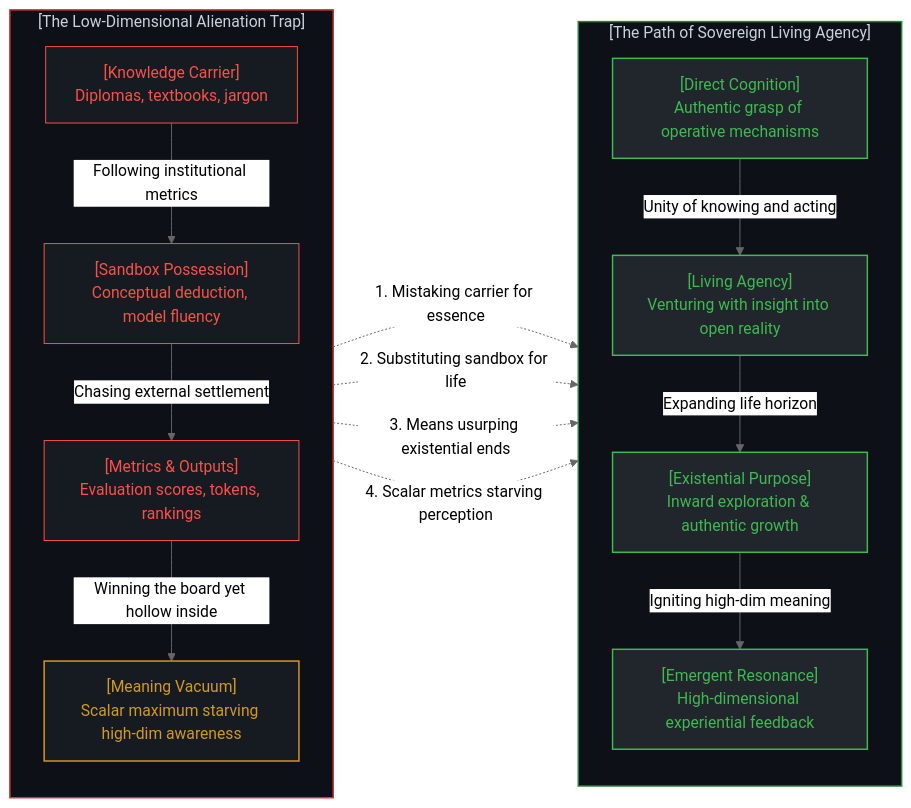
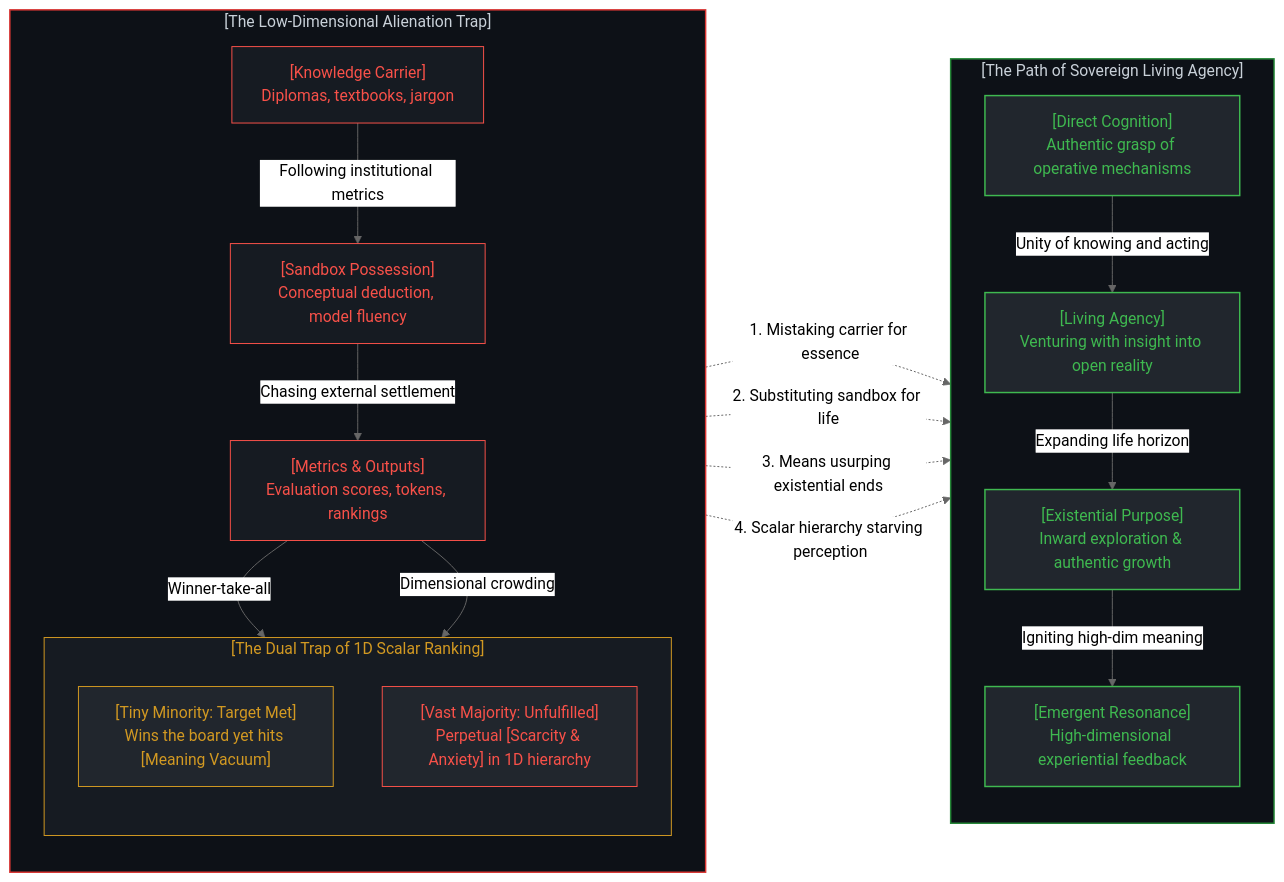
One commit to powerpig99/not-a-toe changed the second of 6 diagrams in content/posts/coordinate-systems-mind-and-degrees-of-freedom.md. Above: the diagram before and after it, drawn with Mermaid (neutral theme). The commit also changed other lines of this file, not shown here.

Commit message:
Expand Section 1: clarify 1D scalar total ordering and the dual trap of minority achievement vs majority unfulfilled yearning

````diff
--- a/content/posts/coordinate-systems-mind-and-degrees-of-freedom.md
+++ b/content/posts/coordinate-systems-mind-and-degrees-of-freedom.md
@@ -72,43 +83,51 @@
 ```mermaid
 graph LR
     subgraph PathOfLiving["[The Path of Sovereign Living Agency]"]
         direction TB
         Knowledge["[Direct Cognition]<br>Authentic grasp of operative mechanisms"]
         Living["[Living Agency]<br>Venturing with insight into open reality"]
         EndGoal["[Existential Purpose]<br>Inward exploration & authentic growth"]
         Resonance["[Emergent Resonance]<br>High-dimensional experiential feedback"]
 
         Knowledge -->|"Unity of knowing and acting"| Living
         Living -->|"Expanding life horizon"| EndGoal
         EndGoal -->|"Igniting high-dim meaning"| Resonance
     end
 
     subgraph PathOfTrap["[The Low-Dimensional Alienation Trap]"]
         direction TB
         Carrier["[Knowledge Carrier]<br>Diplomas, textbooks, jargon"]
         Control["[Sandbox Possession]<br>Conceptual deduction, model fluency"]
         Tools["[Metrics & Outputs]<br>Evaluation scores, tokens, rankings"]
-        Vacuum["[Meaning Vacuum]<br>Scalar maximum starving high-dim awareness"]
+        
+        subgraph Outcomes["[The Dual Trap of 1D Scalar Ranking]"]
+            direction TB
+            Winners["[Tiny Minority: Target Met]<br>Wins the board yet hits [Meaning Vacuum]"]
+            Majority["[Vast Majority: Unfulfilled]<br>Perpetual [Scarcity & Anxiety] in 1D hierarchy"]
+        end
 
         Carrier -->|"Following institutional metrics"| Control
         Control -->|"Chasing external settlement"| Tools
-        Tools -->|"Winning the board yet hollow inside"| Vacuum
+        Tools -->|"Winner-take-all"| Winners
+        Tools -->|"Dimensional crowding"| Majority
     end
 
     Carrier -.->|"1. Mistaking carrier for essence"| Knowledge
     Control -.->|"2. Substituting sandbox for life"| Living
     Tools -.->|"3. Means usurping existential ends"| EndGoal
-    Vacuum -.->|"4. Scalar metrics starving perception"| Resonance
+    Outcomes -.->|"4. Scalar hierarchy starving perception"| Resonance
 
     style PathOfLiving fill:#0d1117,stroke:#238636,stroke-width:1.5px,color:#c9d1d9
     style Knowledge fill:#21262d,stroke:#3fb950,stroke-width:1.5px,color:#3fb950
     style Living fill:#21262d,stroke:#3fb950,stroke-width:1.5px,color:#3fb950
     style EndGoal fill:#21262d,stroke:#3fb950,stroke-width:1.5px,color:#3fb950
     style Resonance fill:#21262d,stroke:#3fb950,stroke-width:1.5px,color:#3fb950
 
     style PathOfTrap fill:#0d1117,stroke:#da3633,stroke-width:1.5px,color:#c9d1d9
     style Carrier fill:#161b22,stroke:#f85149,stroke-width:1px,color:#f85149
     style Control fill:#161b22,stroke:#f85149,stroke-width:1px,color:#f85149
     style Tools fill:#161b22,stroke:#f85149,stroke-width:1px,color:#f85149
-    style Vacuum fill:#161b22,stroke:#d29922,stroke-width:1.5px,color:#d29922
+    style Outcomes fill:#161b22,stroke:#d29922,stroke-width:1px,color:#d29922
+    style Winners fill:#21262d,stroke:#d29922,stroke-width:1px,color:#d29922
+    style Majority fill:#21262d,stroke:#f85149,stroke-width:1px,color:#f85149
 ```
````
